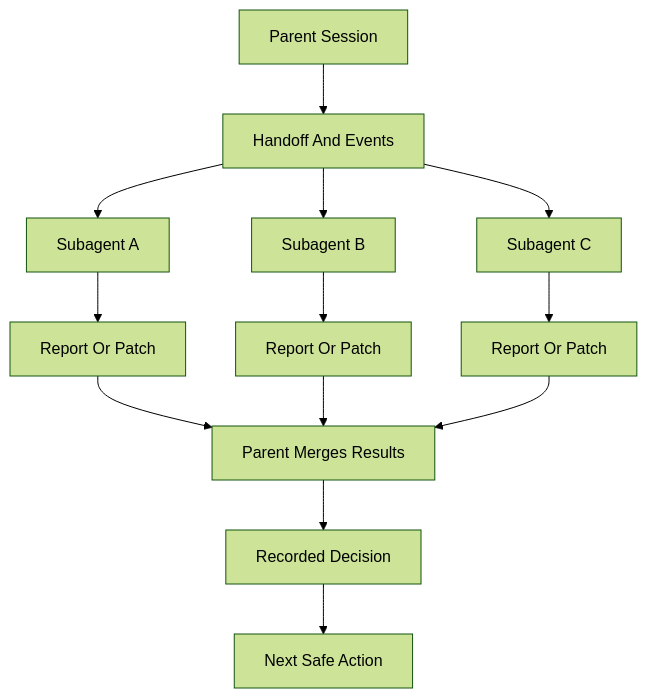
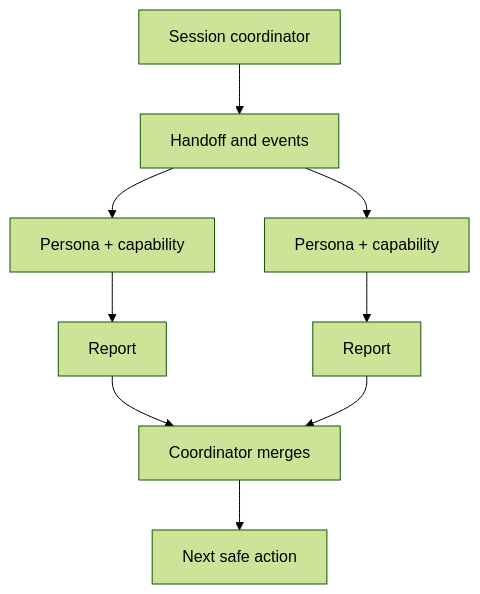
The diagram in docs/09-subagent-personas.md (devopstales/skillgrid), drawn with Mermaid (forest theme) before and after one commit. The commit also changed other lines of this file and 221 other files, not shown here.

````diff
--- a/docs/09-subagent-personas.md
+++ b/docs/09-subagent-personas.md
@@ -9,15 +7,11 @@
 ```mermaid
 flowchart TD
-  Parent[Parent Session] --> Handoff[Handoff And Events]
-  Handoff --> AgentA[Subagent A]
-  Handoff --> AgentB[Subagent B]
-  Handoff --> AgentC[Subagent C]
-  AgentA --> ReportA[Report Or Patch]
-  AgentB --> ReportB[Report Or Patch]
-  AgentC --> ReportC[Report Or Patch]
-  ReportA --> Merge[Parent Merges Results]
-  ReportB --> Merge
-  ReportC --> Merge
-  Merge --> Decision[Recorded Decision]
-  Decision --> NextStep[Next Safe Action]
+  Coordinator[Session coordinator] --> Handoff[Handoff and events]
+  Handoff --> P1["Persona + capability"]
+  Handoff --> P2["Persona + capability"]
+  P1 --> R1[Report]
+  P2 --> R2[Report]
+  R1 --> Merge[Coordinator merges]
+  R2 --> Merge
+  Merge --> Next[Next safe action]
 ```
````
